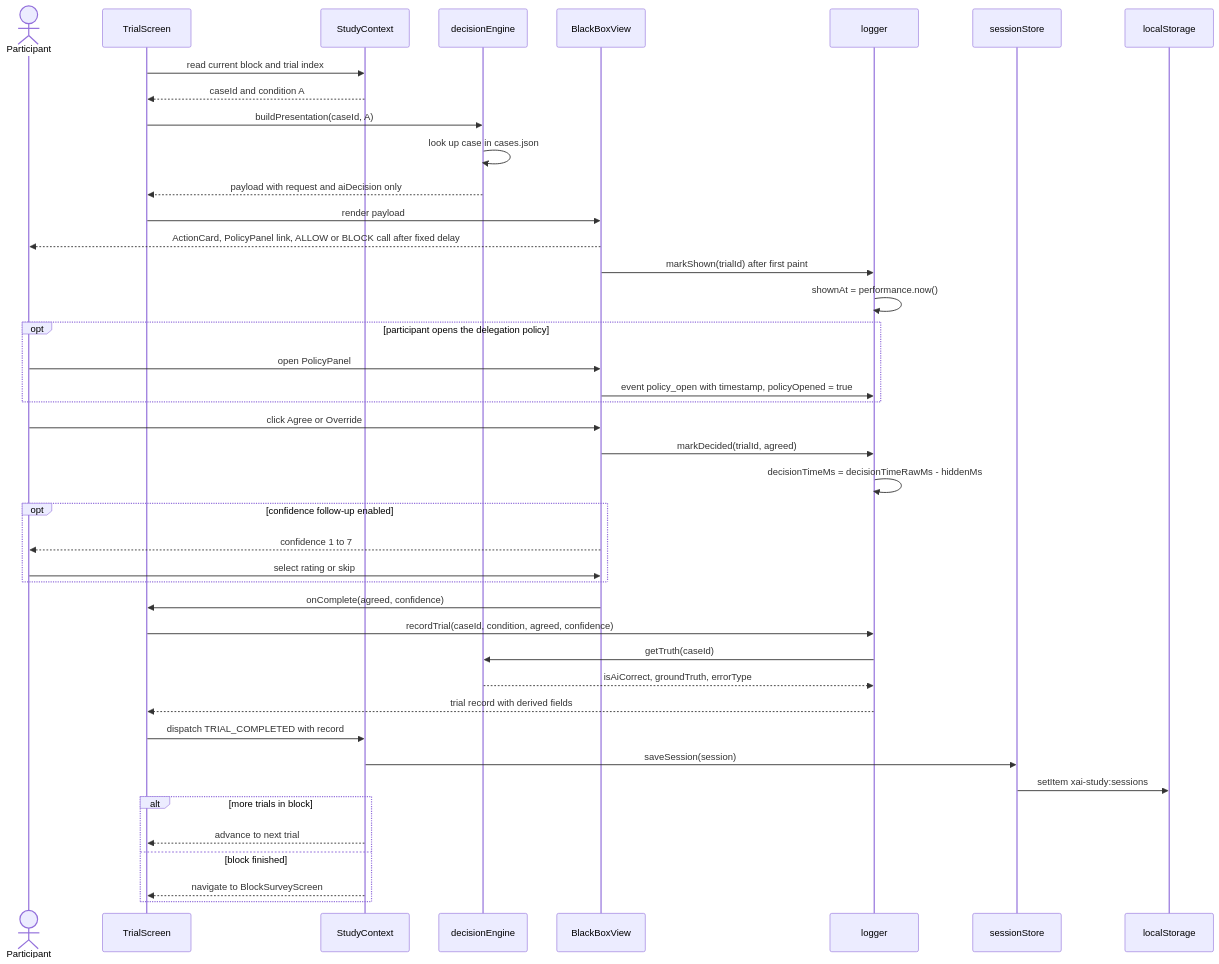
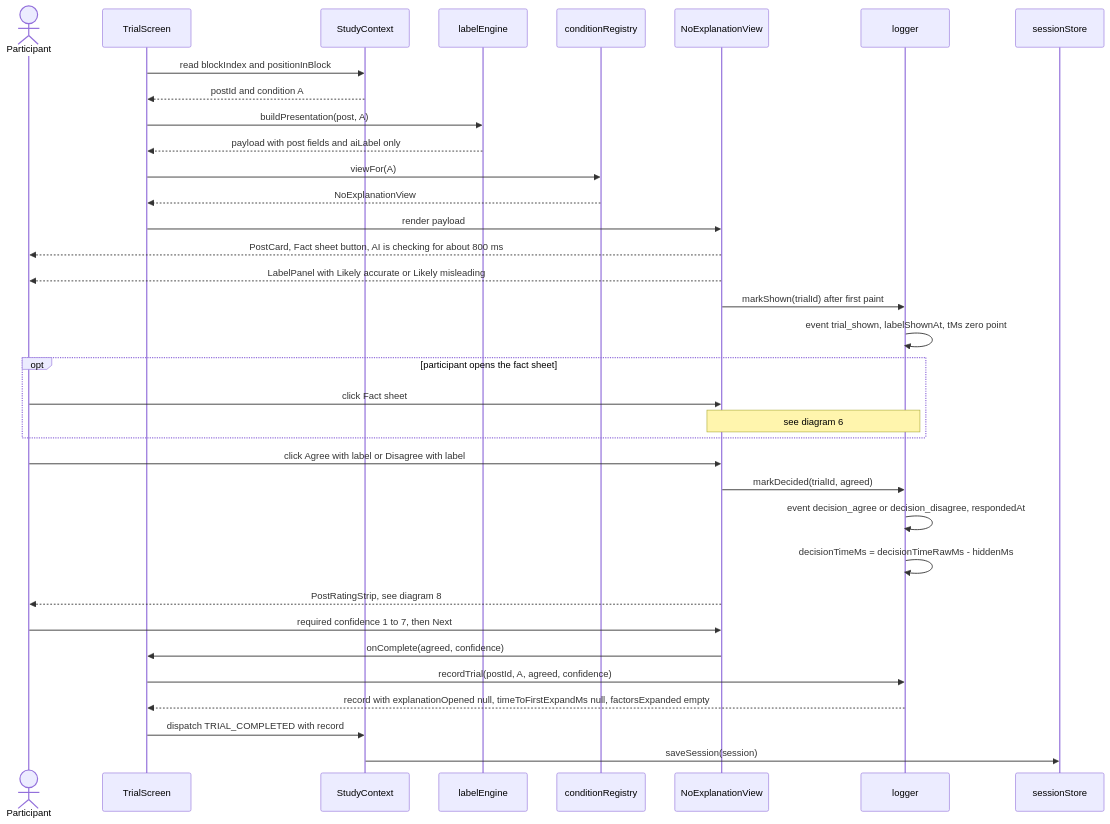
One commit to bibekgupta3333/HCI changed the second of 11 diagrams in docs/sequence-diagrams.md. Above: the diagram before and after it, drawn with Mermaid. The commit also changed other lines of this file and 27 other files, not shown here.

````diff
--- a/docs/sequence-diagrams.md
+++ b/docs/sequence-diagrams.md
@@ -81,45 +89,38 @@
 ```mermaid
 sequenceDiagram
     actor P as Participant
     participant Trial as TrialScreen
     participant SC as StudyContext
-    participant DE as decisionEngine
-    participant View as BlackBoxView
+    participant LE as labelEngine
+    participant Reg as conditionRegistry
+    participant View as NoExplanationView
     participant Log as logger
     participant SS as sessionStore
-    participant LS as localStorage
 
-    Trial->>SC: read current block and trial index
-    SC-->>Trial: caseId and condition A
-    Trial->>DE: buildPresentation(caseId, A)
-    DE->>DE: look up case in cases.json
-    DE-->>Trial: payload with request and aiDecision only
+    Trial->>SC: read blockIndex and positionInBlock
+    SC-->>Trial: postId and condition A
+    Trial->>LE: buildPresentation(post, A)
+    LE-->>Trial: payload with post fields and aiLabel only
+    Trial->>Reg: viewFor(A)
+    Reg-->>Trial: NoExplanationView
     Trial->>View: render payload
-    View-->>P: ActionCard, PolicyPanel link, ALLOW or BLOCK call after fixed delay
+    View-->>P: PostCard, Fact sheet button, AI is checking for about 800 ms
+    View-->>P: LabelPanel with Likely accurate or Likely misleading
     View->>Log: markShown(trialId) after first paint
-    Log->>Log: shownAt = performance.now()
-    opt participant opens the delegation policy
-        P->>View: open PolicyPanel
-        View->>Log: event policy_open with timestamp, policyOpened = true
+    Log->>Log: event trial_shown, labelShownAt, tMs zero point
+    opt participant opens the fact sheet
+        P->>View: click Fact sheet
+        Note over View,Log: see diagram 6
     end
-    P->>View: click Agree or Override
+    P->>View: click Agree with label or Disagree with label
     View->>Log: markDecided(trialId, agreed)
+    Log->>Log: event decision_agree or decision_disagree, respondedAt
     Log->>Log: decisionTimeMs = decisionTimeRawMs - hiddenMs
-    opt confidence follow-up enabled
-        View-->>P: confidence 1 to 7
-        P->>View: select rating or skip
-    end
+    View-->>P: PostRatingStrip, see diagram 8
+    P->>View: required confidence 1 to 7, then Next
     View->>Trial: onComplete(agreed, confidence)
-    Trial->>Log: recordTrial(caseId, condition, agreed, confidence)
-    Log->>DE: getTruth(caseId)
-    DE-->>Log: isAiCorrect, groundTruth, errorType
-    Log-->>Trial: trial record with derived fields
+    Trial->>Log: recordTrial(postId, A, agreed, confidence)
+    Log-->>Trial: record with explanationOpened null, timeToFirstExpandMs null, factorsExpanded empty
     Trial->>SC: dispatch TRIAL_COMPLETED with record
     SC->>SS: saveSession(session)
-    SS->>LS: setItem xai-study:sessions
-    alt more trials in block
-        SC-->>Trial: advance to next trial
-    else block finished
-        SC-->>Trial: navigate to BlockSurveyScreen
-    end
 ```
````
